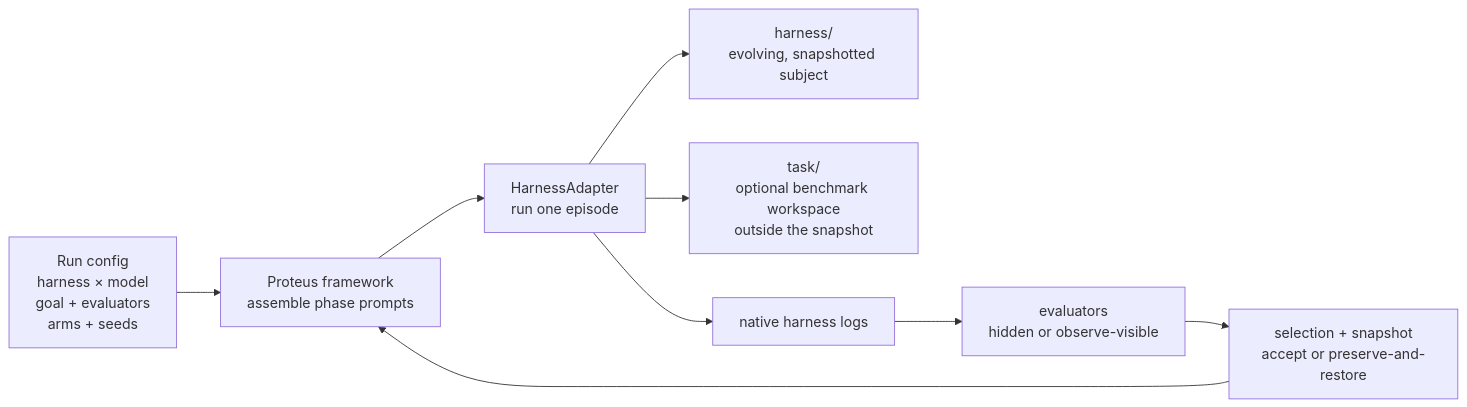
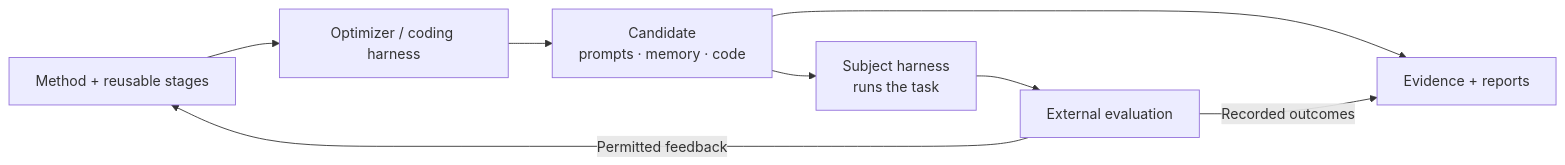
The diagram in README.md (proteus-evolve/Proteus), drawn with Mermaid before and after one commit. The commit also changed other lines of this file, not shown here.

Commit message:
docs: lead v1 README with harnesses, composition, evaluation and visualization

````diff
--- a/README.md
+++ b/README.md
@@ -194,11 +115,10 @@
 ```mermaid
 flowchart LR
-    U["Run config<br/>harness × model<br/>goal + evaluators<br/>arms + seeds"] --> F["Proteus framework<br/>assemble phase prompts"]
-    F --> A["HarnessAdapter<br/>run one episode"]
-    A --> H["harness/<br/>evolving, snapshotted subject"]
-    A --> T["task/<br/>optional benchmark workspace<br/>outside the snapshot"]
-    A --> L["native harness logs"]
-    L --> E["evaluators<br/>hidden or observe-visible"]
-    E --> S["selection + snapshot<br/>accept or preserve-and-restore"]
-    S --> F
+    M["Method + reusable stages"] --> O["Optimizer / coding harness"]
+    O --> C["Candidate<br/>prompts · memory · code"]
+    C --> S["Subject harness<br/>runs the task"]
+    S --> E["External evaluation"]
+    E -->|Permitted feedback| M
+    C --> R["Evidence + reports"]
+    E -->|Recorded outcomes| R
 ```
````
